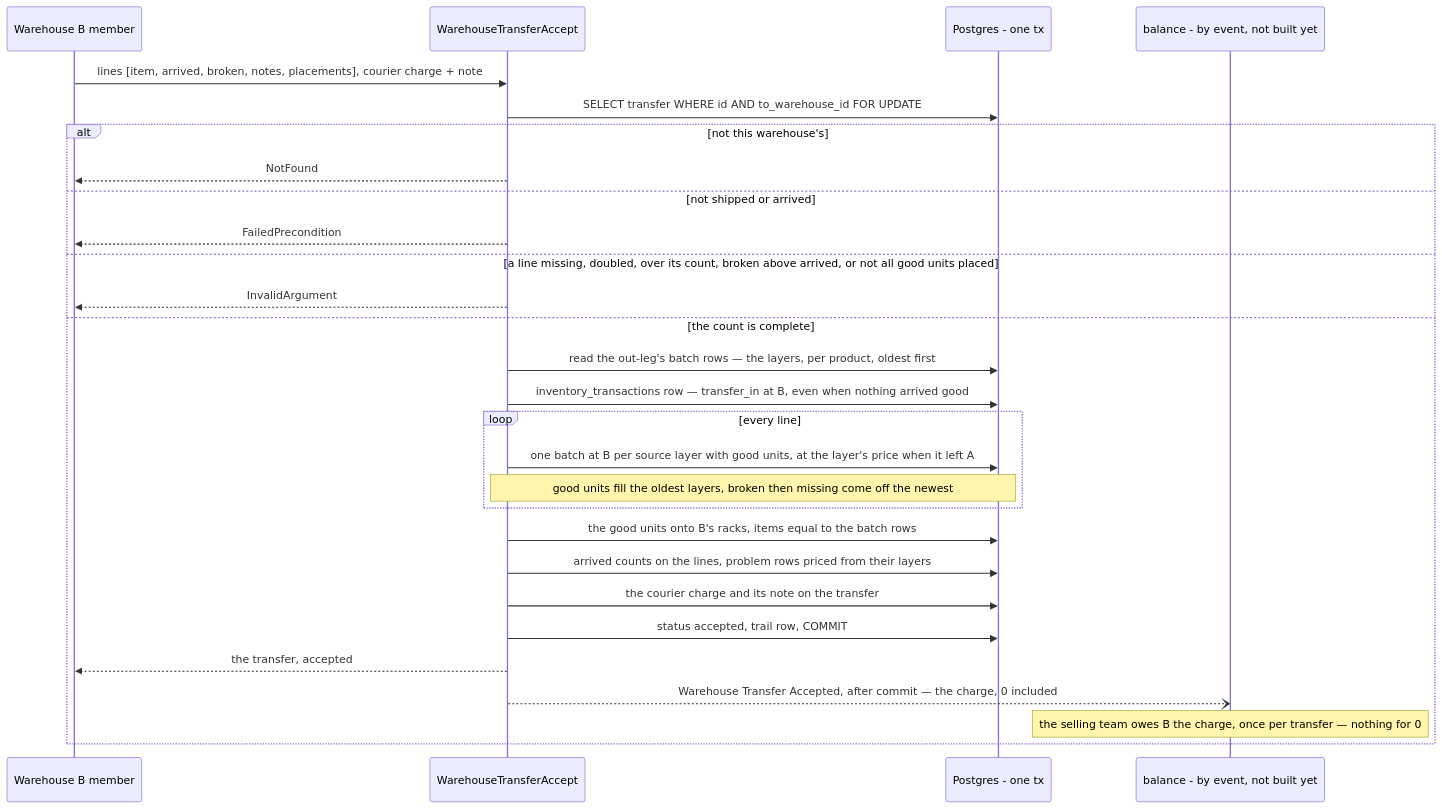
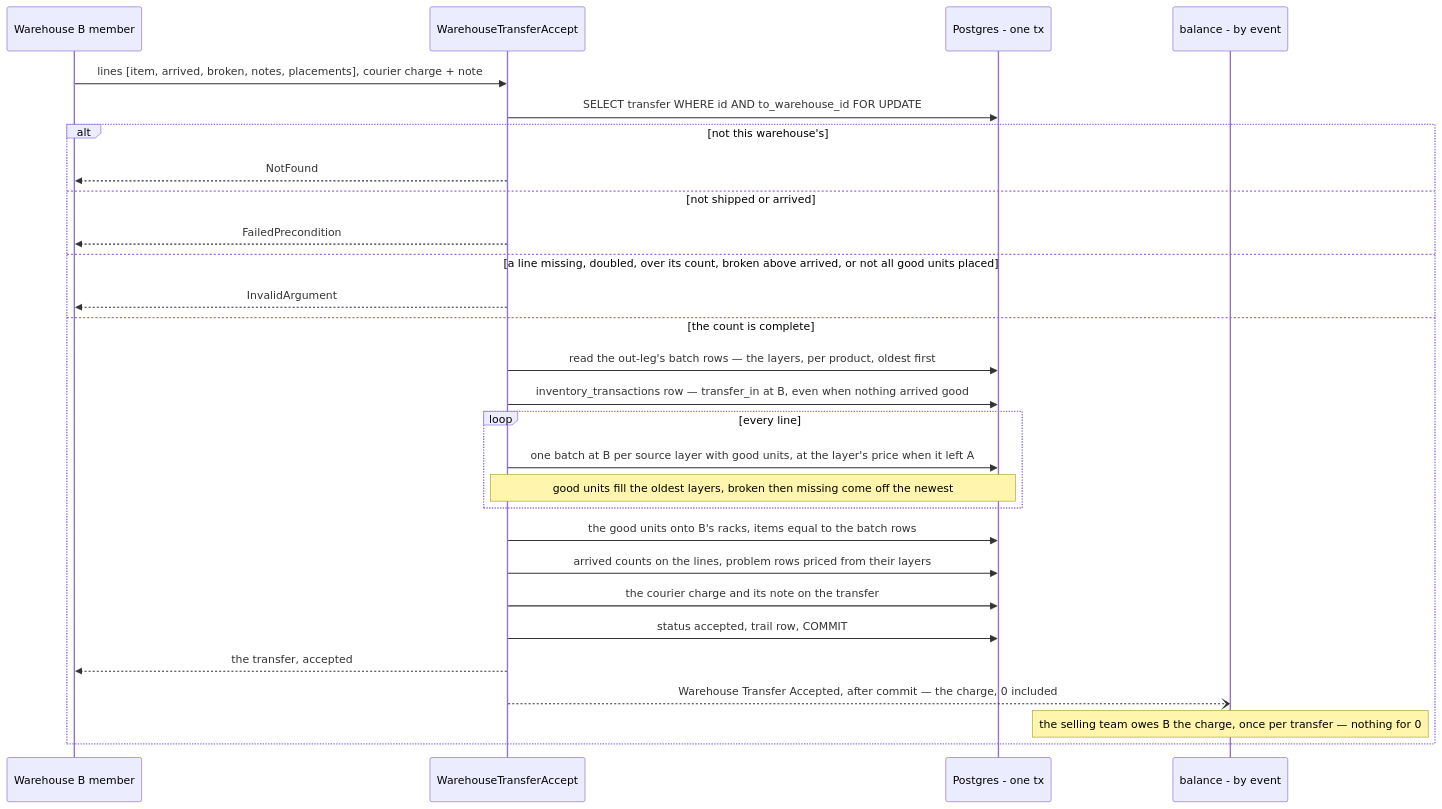
One commit to pdcgo/warehouse_revamp changed diagram 13 of 30 in docs/services/inventory_service/rpc.md. Above: the diagram before and after it, drawn with Mermaid. The commit also changed other lines of this file and 297 other files, not shown here.

````diff
--- a/docs/services/inventory_service/rpc.md
+++ b/docs/services/inventory_service/rpc.md
@@ -498,31 +499,31 @@
 ```mermaid
 sequenceDiagram
     participant B as Warehouse B member
     participant H as WarehouseTransferAccept
     participant DB as Postgres - one tx
-    participant BAL as balance - by event, not built yet
+    participant BAL as balance - by event
 
     B->>H: lines [item, arrived, broken, notes, placements], courier charge + note
     H->>DB: SELECT transfer WHERE id AND to_warehouse_id FOR UPDATE
     alt not this warehouse's
         H-->>B: NotFound
     else not shipped or arrived
         H-->>B: FailedPrecondition
     else a line missing, doubled, over its count, broken above arrived, or not all good units placed
         H-->>B: InvalidArgument
     else the count is complete
         H->>DB: read the out-leg's batch rows — the layers, per product, oldest first
         H->>DB: inventory_transactions row — transfer_in at B, even when nothing arrived good
         loop every line
             H->>DB: one batch at B per source layer with good units, at the layer's price when it left A
             Note over H,DB: good units fill the oldest layers, broken then missing come off the newest
         end
         H->>DB: the good units onto B's racks, items equal to the batch rows
         H->>DB: arrived counts on the lines, problem rows priced from their layers
         H->>DB: the courier charge and its note on the transfer
         H->>DB: status accepted, trail row, COMMIT
         H-->>B: the transfer, accepted
         H--)BAL: Warehouse Transfer Accepted, after commit — the charge, 0 included
         Note over BAL: the selling team owes B the charge, once per transfer — nothing for 0
     end
 ```
````
